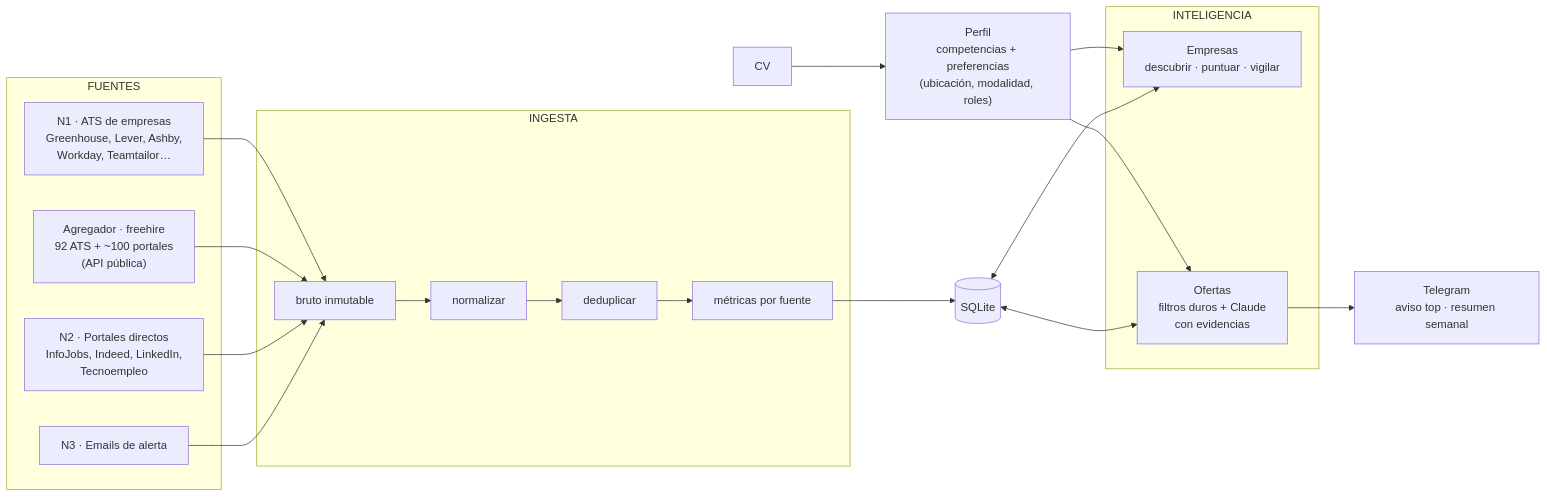
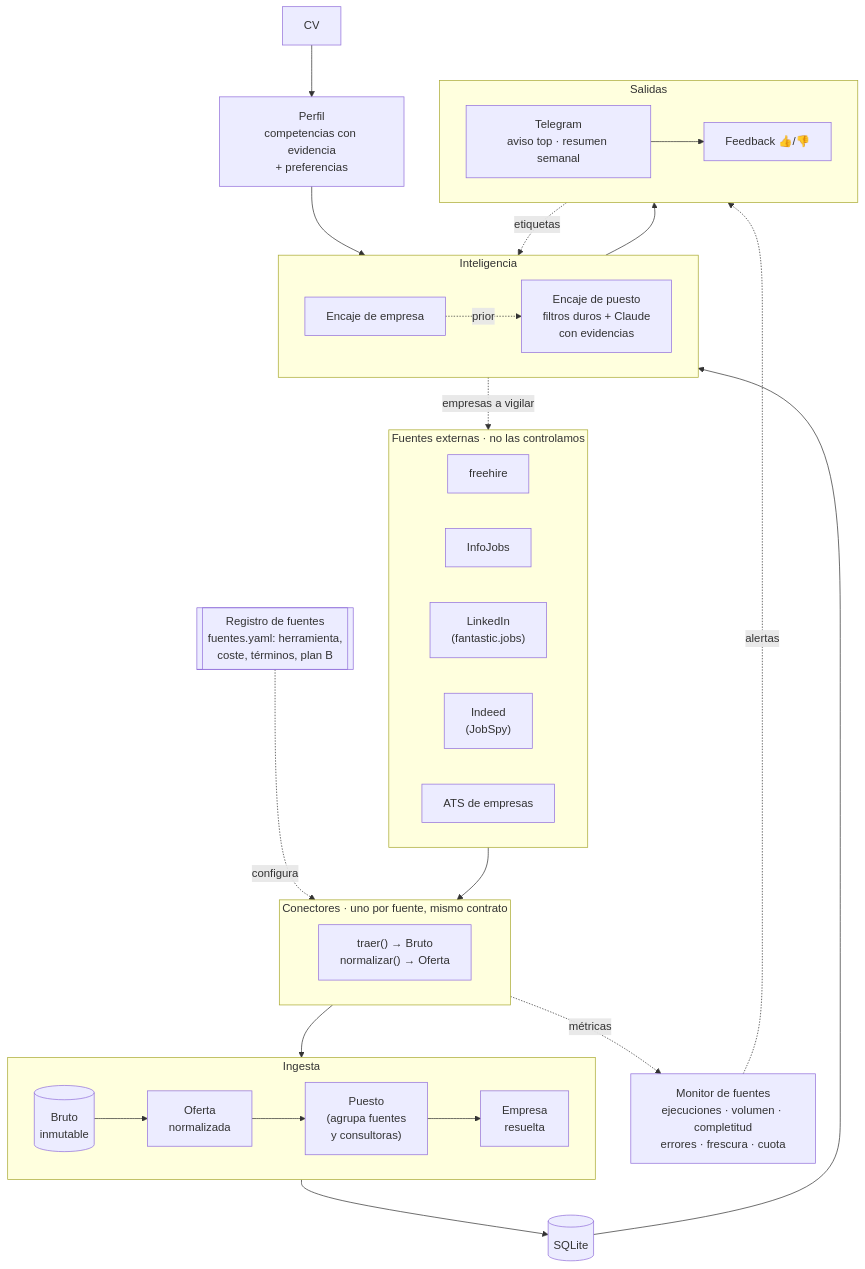
One commit to rubenhig/job-radar changed the first of 2 diagrams in docs/arquitectura.md. Above: the diagram before and after it, drawn with Mermaid. The commit also changed other lines of this file and 2 other files, not shown here.

First line of the commit message:
Fuentes v1, modelo de datos y arquitectura del sistema (#11)

````diff
--- a/docs/arquitectura.md
+++ b/docs/arquitectura.md
@@ -23,27 +23,52 @@
 ```mermaid
-flowchart LR
-    CV[CV] --> PERFIL["Perfil<br/>competencias + preferencias<br/>(ubicación, modalidad, roles)"]
-
-    subgraph FUENTES
-        N1["N1 · ATS de empresas<br/>Greenhouse, Lever, Ashby,<br/>Workday, Teamtailor…"]
-        AG["Agregador · freehire<br/>92 ATS + ~100 portales<br/>(API pública)"]
-        N2["N2 · Portales directos<br/>InfoJobs, Indeed, LinkedIn,<br/>Tecnoempleo"]
-        N3["N3 · Emails de alerta"]
+flowchart TB
+    subgraph EXT["Fuentes externas · no las controlamos"]
+        direction LR
+        FH[freehire]
+        IJ[InfoJobs]
+        LI["LinkedIn<br/>(fantastic.jobs)"]
+        IN["Indeed<br/>(JobSpy)"]
+        AT[ATS de empresas]
     end
 
-    subgraph INGESTA
-        RAW[bruto inmutable] --> NORM[normalizar] --> DEDUP[deduplicar] --> MET[métricas por fuente]
+    subgraph CON["Conectores · uno por fuente, mismo contrato"]
+        direction LR
+        C["traer() → Bruto<br/>normalizar() → Oferta"]
     end
 
-    N1 & AG & N2 & N3 --> RAW
-    MET --> DB[(SQLite)]
+    REG[["Registro de fuentes<br/>fuentes.yaml: herramienta,<br/>coste, términos, plan B"]]
 
-    subgraph INTELIGENCIA
-        EMP["Empresas<br/>descubrir · puntuar · vigilar"]
-        OF["Ofertas<br/>filtros duros + Claude<br/>con evidencias"]
+    subgraph ING["Ingesta"]
+        direction LR
+        BR[(Bruto<br/>inmutable)] --> NO[Oferta<br/>normalizada] --> PU["Puesto<br/>(agrupa fuentes<br/>y consultoras)"] --> EM[Empresa<br/>resuelta]
     end
 
-    PERFIL --> OF & EMP
-    DB <--> OF & EMP
-    OF --> TG["Telegram<br/>aviso top · resumen semanal"]
+    MON["Monitor de fuentes<br/>ejecuciones · volumen · completitud<br/>errores · frescura · cuota"]
+
+    CV[CV] --> PER["Perfil<br/>competencias con evidencia<br/>+ preferencias"]
+
+    subgraph INT["Inteligencia"]
+        direction LR
+        PE["Encaje de empresa"]
+        PO["Encaje de puesto<br/>filtros duros + Claude<br/>con evidencias"]
+        PE -. prior .-> PO
+    end
+
+    subgraph SAL["Salidas"]
+        direction LR
+        AV["Telegram<br/>aviso top · resumen semanal"] --> FB["Feedback 👍/👎"]
+    end
+
+    DB[(SQLite)]
+
+    EXT --> CON --> ING
+    REG -. configura .-> CON
+    CON -. métricas .-> MON
+    ING --> DB
+    DB --> INT
+    PER --> INT
+    INT --> SAL
+    FB -. etiquetas .-> INT
+    MON -. alertas .-> AV
+    PE -. empresas a vigilar .-> AT
 ```
````
